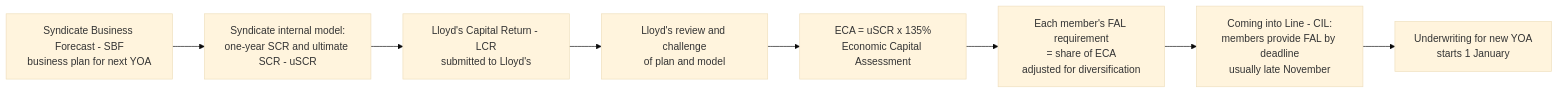
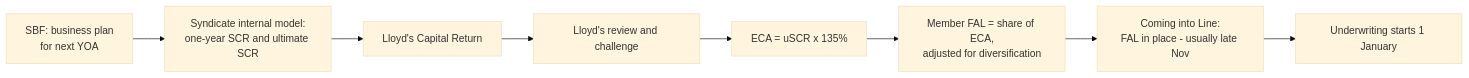
The third of 4 diagrams in london-market-lloyds-guide/07-Advanced-Capital-Finance-Regulation.md (gazal-gupta/Insurance-Domain), drawn with Mermaid (base theme) before and after one commit. The commit also changed other lines of this file, not shown here.

First line of the commit message:
Rewrite chapter 07 capital, finance and regulation in full detail

````diff
--- a/london-market-lloyds-guide/07-Advanced-Capital-Finance-Regulation.md
+++ b/london-market-lloyds-guide/07-Advanced-Capital-Finance-Regulation.md
@@ -58,10 +88,10 @@
 ```mermaid
 flowchart LR
-  A[Syndicate Business Forecast - SBF<br/>business plan for next YOA] --> B[Syndicate internal model:<br/>one-year SCR and ultimate SCR - uSCR]
-  B --> C[Lloyd's Capital Return - LCR<br/>submitted to Lloyd's]
-  C --> D[Lloyd's review and challenge<br/>of plan and model]
-  D --> E[ECA = uSCR x 135%<br/>Economic Capital Assessment]
-  E --> F[Each member's FAL requirement<br/>= share of ECA<br/>adjusted for diversification]
-  F --> G[Coming into Line - CIL:<br/>members provide FAL by deadline<br/>usually late November]
-  G --> H[Underwriting for new YOA<br/>starts 1 January]
+  A[SBF: business plan<br/>for next YOA] --> B[Syndicate internal model:<br/>one-year SCR and ultimate SCR]
+  B --> C[Lloyd's Capital Return]
+  C --> D[Lloyd's review and challenge]
+  D --> E[ECA = uSCR x 135%]
+  E --> F[Member FAL = share of ECA,<br/>adjusted for diversification]
+  F --> G[Coming into Line:<br/>FAL in place - usually late Nov]
+  G --> H[Underwriting starts 1 January]
 ```
````
